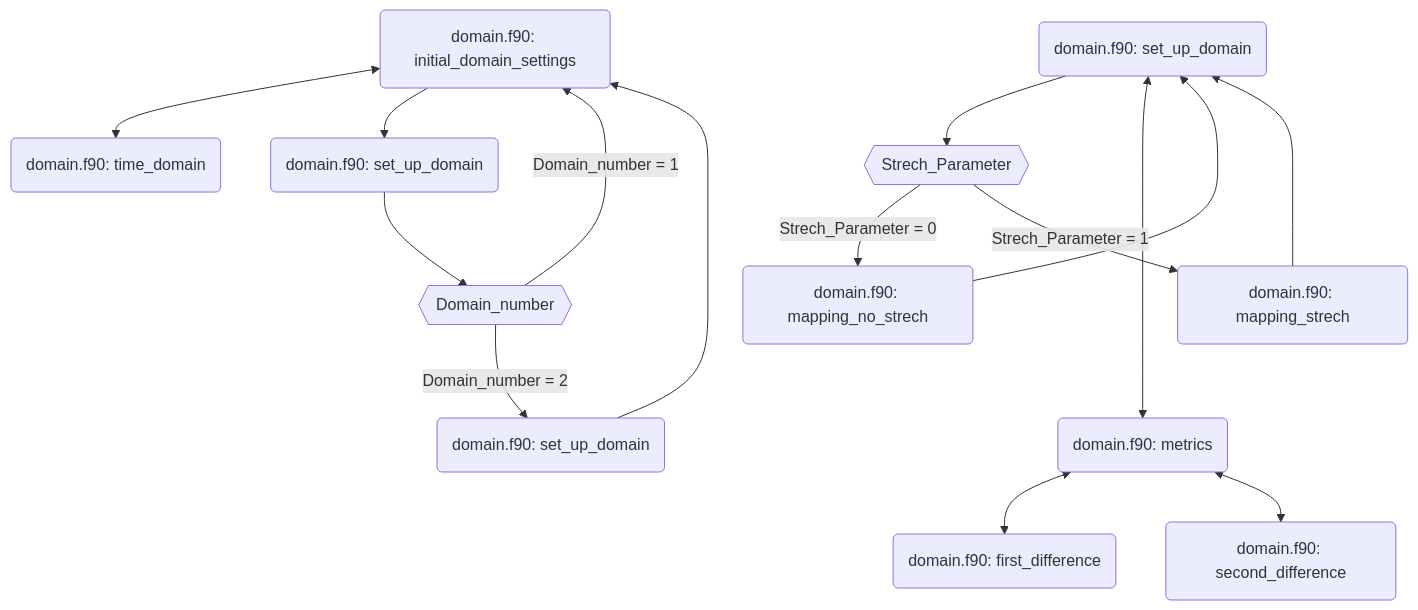
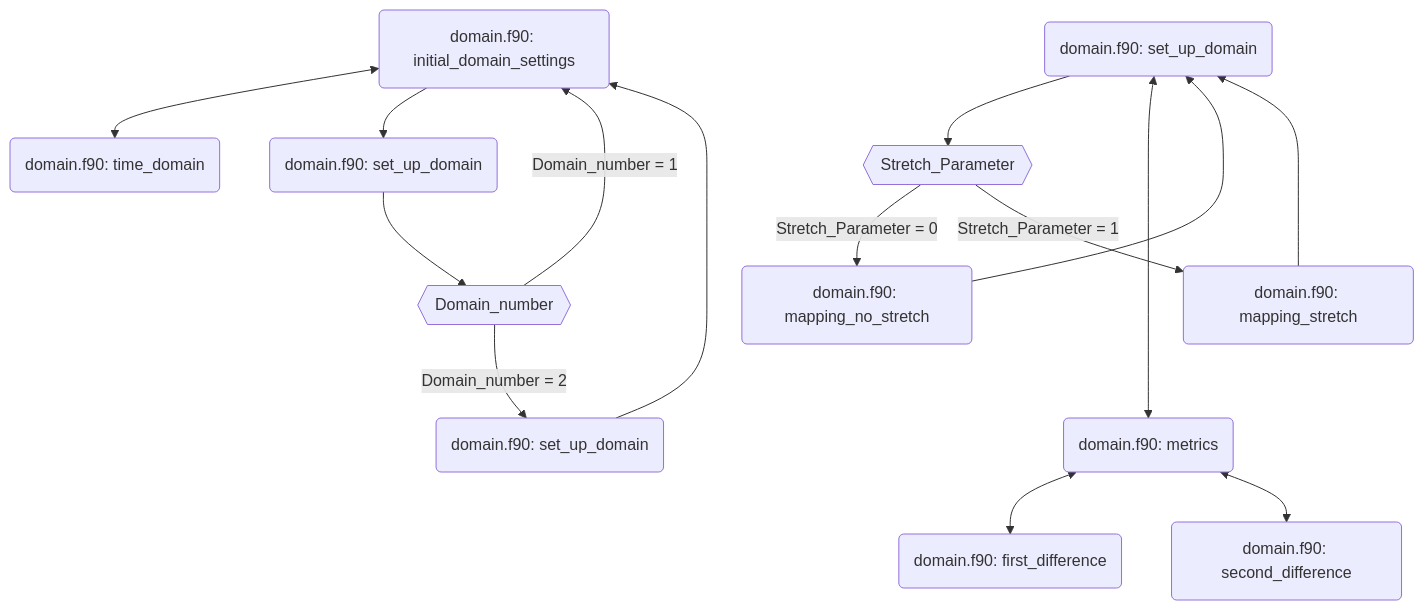
The first of 2 diagrams in notebooks/07.non-uniform_domain.md (ImperialCollegeLondon/ReCoDE-Turing-Patterns-and-Partial-Differential-Equations), drawn with Mermaid before and after one commit. The commit also changed other lines of this file and 20 other files, not shown here.

````diff
--- a/notebooks/07.non-uniform_domain.md
+++ b/notebooks/07.non-uniform_domain.md
@@ -48,18 +48,18 @@
 ```mermaid
 graph TD;
     id0(domain.f90: initial_domain_settings) <--> id1(domain.f90: time_domain);
     id0(domain.f90: initial_domain_settings) --> id2(domain.f90: set_up_domain);
     id2(domain.f90: set_up_domain) --> id3{{Domain_number}}
     id3{{Domain_number}} --> |Domain_number = 1| id0(domain.f90: initial_domain_settings)
     id3{{Domain_number}} --> |Domain_number = 2| id4(domain.f90: set_up_domain)
     id4(domain.f90: set_up_domain) --> id0(domain.f90: initial_domain_settings)
 
-    id5(domain.f90: set_up_domain) --> id6{{Strech_Parameter}}
-    id6{{Strech_Parameter}} --> | Strech_Parameter = 0 | id7(domain.f90: mapping_no_strech)
-    id6{{Strech_Parameter}} --> | Strech_Parameter = 1 | id8(domain.f90: mapping_strech)
-    id7(domain.f90: mapping_no_strech) --> id5(domain.f90: set_up_domain)
-    id8(domain.f90: mapping_strech) --> id5(domain.f90: set_up_domain)
+    id5(domain.f90: set_up_domain) --> id6{{Stretch_Parameter}}
+    id6{{Stretch_Parameter}} --> | Stretch_Parameter = 0 | id7(domain.f90: mapping_no_stretch)
+    id6{{Stretch_Parameter}} --> | Stretch_Parameter = 1 | id8(domain.f90: mapping_stretch)
+    id7(domain.f90: mapping_no_stretch) --> id5(domain.f90: set_up_domain)
+    id8(domain.f90: mapping_stretch) --> id5(domain.f90: set_up_domain)
     id5(domain.f90: set_up_domain) <----> id9(domain.f90: metrics)
     id9(domain.f90: metrics) <--> id10(domain.f90: first_difference)
     id9(domain.f90: metrics) <--> id11(domain.f90: second_difference)
 ```
````
